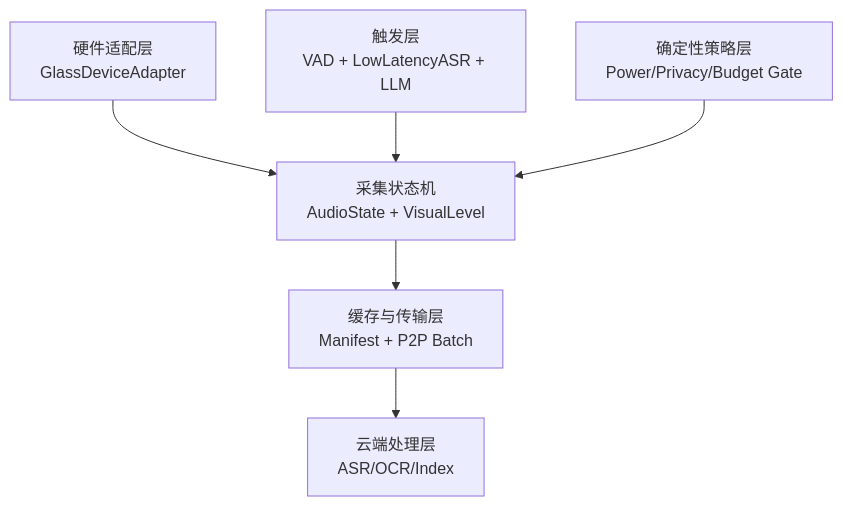
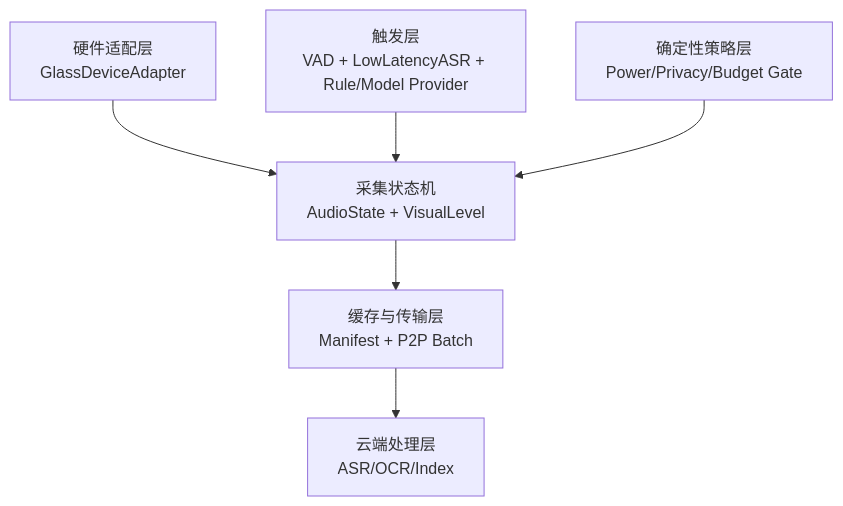
Before and after one commit to masonYau/glass_agent_planning: the second of 4 diagrams in software_architecture/confirm/minimal_text_capture_architecture.md, drawn with Mermaid. The commit also changed other lines of this file and 3 other files, not shown here.

Commit message:
chg: enrich flow design

````diff
--- a/software_architecture/confirm/minimal_text_capture_architecture.md
+++ b/software_architecture/confirm/minimal_text_capture_architecture.md
@@ -116,15 +126,15 @@
 ```mermaid
 flowchart TD
   Hardware["硬件适配层<br/>GlassDeviceAdapter"]
   Capture["采集状态机<br/>AudioState + VisualLevel"]
-  Trigger["触发层<br/>VAD + LowLatencyASR + LLM"]
+  Trigger["触发层<br/>VAD + LowLatencyASR + Rule/Model Provider"]
   Policy["确定性策略层<br/>Power/Privacy/Budget Gate"]
   Cache["缓存与传输层<br/>Manifest + P2P Batch"]
   Cloud["云端处理层<br/>ASR/OCR/Index"]
 
   Hardware --> Capture
   Trigger --> Capture
   Policy --> Capture
   Capture --> Cache
   Cache --> Cloud
 ```
````
